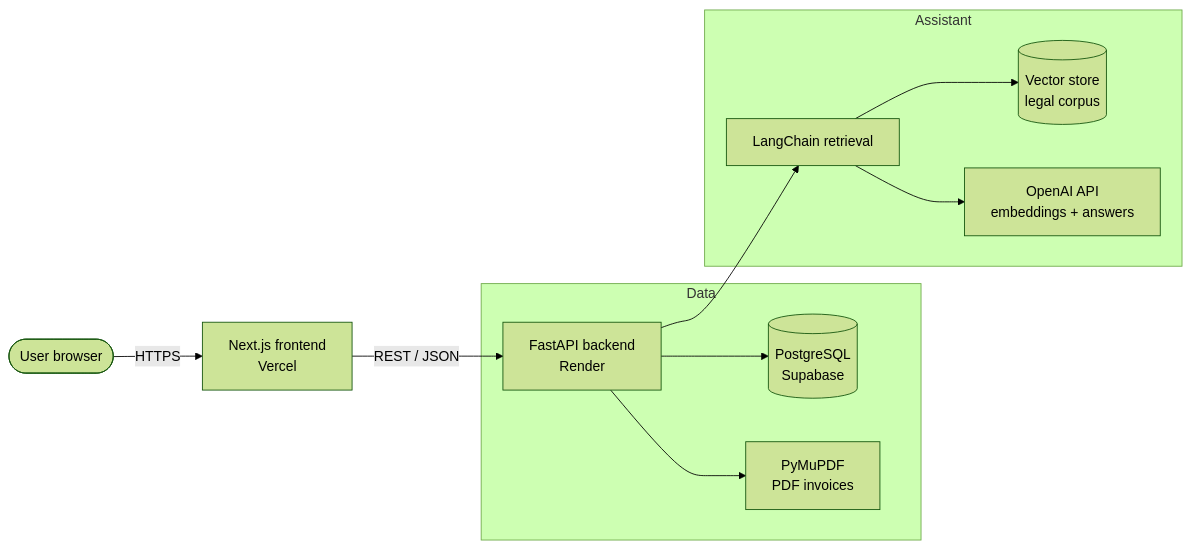
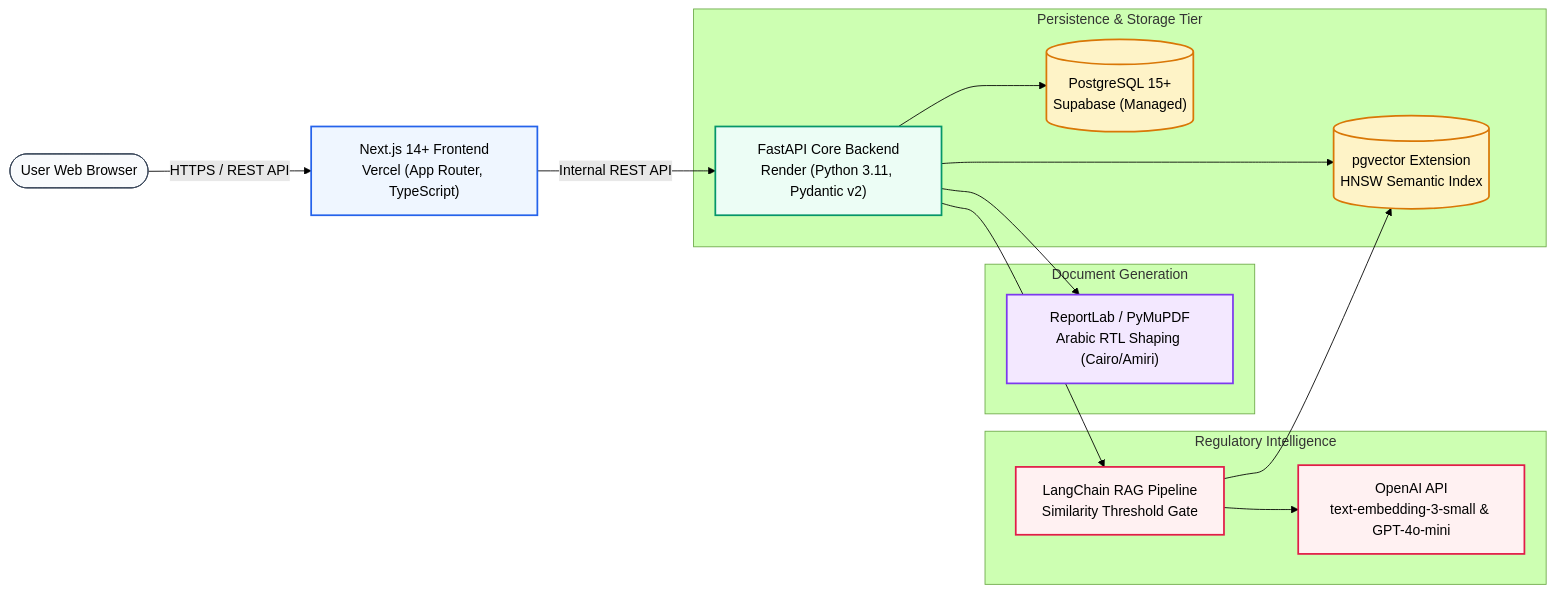
Before and after one commit to AYA-BACHA/MoukawilOS: the first of 5 diagrams in README.md, drawn with Mermaid (forest theme). The commit also changed other lines of this file and 1 other file, not shown here.

````diff
--- a/README.md
+++ b/README.md
@@ -121,16 +141,27 @@
 ```mermaid
 flowchart LR
-    U([User browser]) -->|HTTPS| FE["Next.js frontend<br/>Vercel"]
-    FE -->|REST / JSON| API["FastAPI backend<br/>Render"]
+    ClientBrowser(["User Web Browser"]):::client -->|HTTPS / REST API| Frontend["Next.js 14+ Frontend<br/>Vercel (App Router, TypeScript)"]:::frontend
+    Frontend -->|Internal REST API| CoreAPI["FastAPI Core Backend<br/>Render (Python 3.11, Pydantic v2)"]:::backend
 
-    subgraph Data
-        API --> DB[("PostgreSQL<br/>Supabase")]
-        API --> PDF["PyMuPDF<br/>PDF invoices"]
+    subgraph DataPersistence ["Persistence & Storage Tier"]
+        CoreAPI --> RelationalDB[("PostgreSQL 15+<br/>Supabase (Managed)")]:::database
+        CoreAPI --> VectorStore[("pgvector Extension<br/>HNSW Semantic Index")]:::database
     end
 
-    subgraph Assistant
-        API --> RAG["LangChain retrieval"]
-        RAG --> VS[("Vector store<br/>legal corpus")]
-        RAG --> LLM["OpenAI API<br/>embeddings + answers"]
+    subgraph DocumentEngine ["Document Generation"]
+        CoreAPI --> PDFGen["ReportLab / PyMuPDF<br/>Arabic RTL Shaping (Cairo/Amiri)"]:::engine
     end
+
+    subgraph IntelligenceService ["Regulatory Intelligence"]
+        CoreAPI --> RAGService["LangChain RAG Pipeline<br/>Similarity Threshold Gate"]:::ai
+        RAGService --> VectorStore
+        RAGService --> LLMAPI["OpenAI API<br/>text-embedding-3-small & GPT-4o-mini"]:::ai
+    end
+
+    classDef client fill:#f8fafc,stroke:#334155,stroke-width:1px;
+    classDef frontend fill:#eff6ff,stroke:#2563eb,stroke-width:2px;
+    classDef backend fill:#ecfdf5,stroke:#059669,stroke-width:2px;
+    classDef database fill:#fef3c7,stroke:#d97706,stroke-width:2px;
+    classDef engine fill:#f3e8ff,stroke:#7c3aed,stroke-width:2px;
+    classDef ai fill:#fff1f2,stroke:#e11d48,stroke-width:2px;
 ```
````
